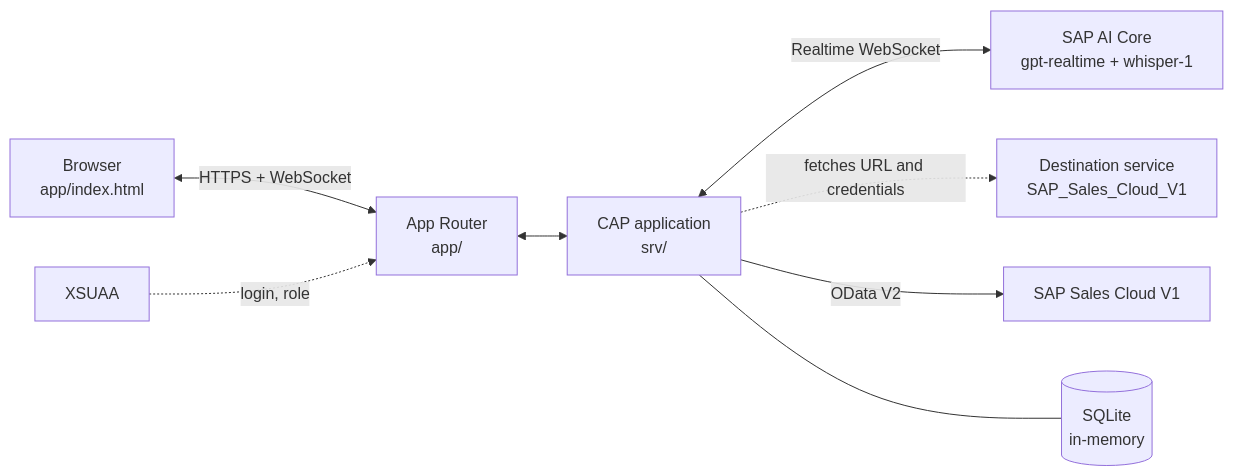
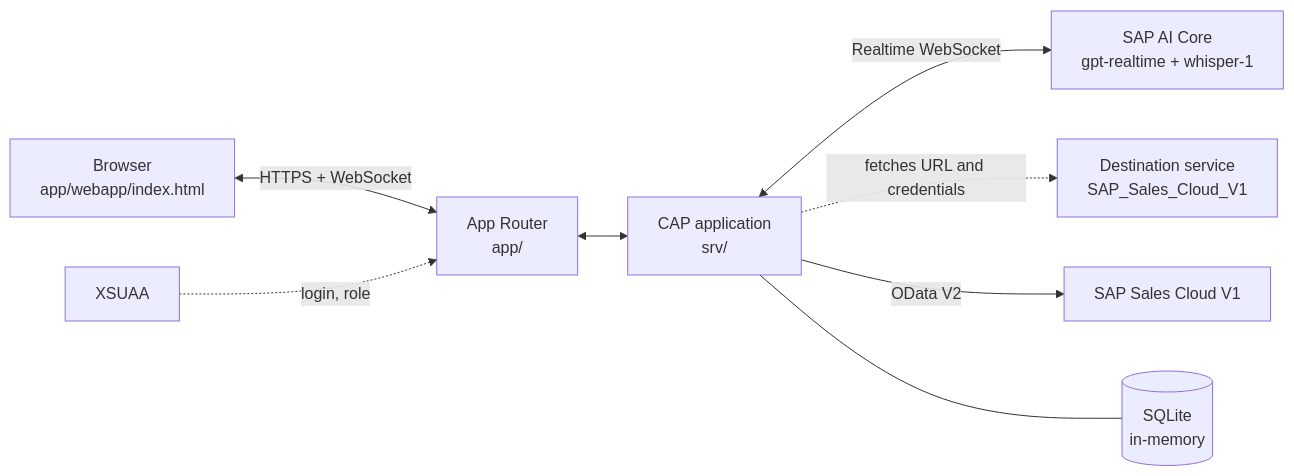
One commit to FlorianJunkerAcc/AI-assisted-visit-documentation changed the first of 3 diagrams in docs/DEVELOPER-DOCUMENTATION.md. Above: the diagram before and after it, drawn with Mermaid. The commit also changed other lines of this file and 15 other files, not shown here.

````diff
--- a/docs/DEVELOPER-DOCUMENTATION.md
+++ b/docs/DEVELOPER-DOCUMENTATION.md
@@ -79,10 +79,10 @@
 ```mermaid
 flowchart LR
-  B["Browser<br/>app/index.html"] <-->|"HTTPS + WebSocket"| R["App Router<br/>app/"]
+  B["Browser<br/>app/webapp/index.html"] <-->|"HTTPS + WebSocket"| R["App Router<br/>app/"]
   R <--> S["CAP application<br/>srv/"]
   X["XSUAA"] -.->|"login, role"| R
   S <-->|"Realtime WebSocket"| AI["SAP AI Core<br/>gpt-realtime + whisper-1"]
   S -.->|"fetches URL and credentials"| D["Destination service<br/>SAP_Sales_Cloud_V1"]
   S -->|"OData V2"| C["SAP Sales Cloud V1"]
   S --- DB[("SQLite<br/>in-memory")]
 ```
````
